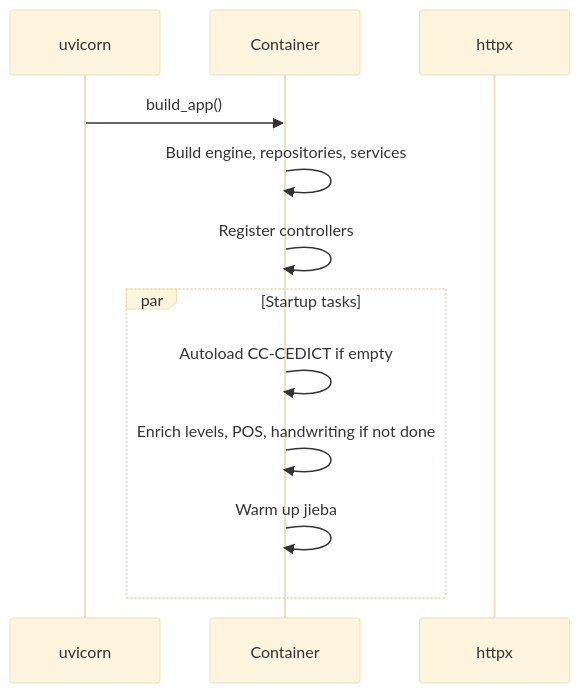
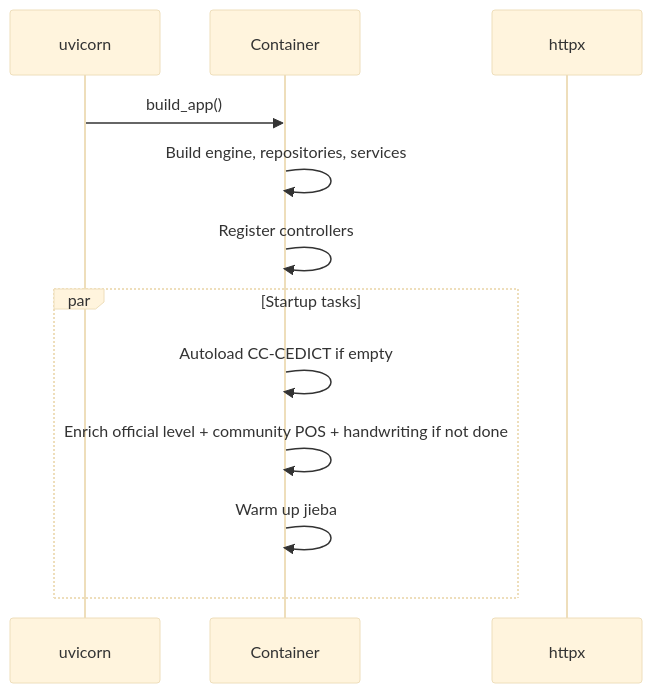
One commit to luiznaac/shougong changed the second of 5 diagrams in docs/02-architecture.md. Above: the diagram before and after it, drawn with Mermaid (base theme). The commit also changed other lines of this file and 29 other files, not shown here.

Commit message:
Source the HSK vocabulary level from the official HSK 3.0 list (#208)

````diff
--- a/docs/02-architecture.md
+++ b/docs/02-architecture.md
@@ -62,14 +62,14 @@
 ```mermaid
 sequenceDiagram
     participant U as uvicorn
     participant C as Container
     participant HTTP as httpx
     U->>C: build_app()
     C->>C: Build engine, repositories, services
     C->>C: Register controllers
     par Startup tasks
         C->>C: Autoload CC-CEDICT if empty
-        C->>C: Enrich levels, POS, handwriting if not done
+        C->>C: Enrich official level + community POS + handwriting if not done
         C->>C: Warm up jieba
     end
 ```
````
